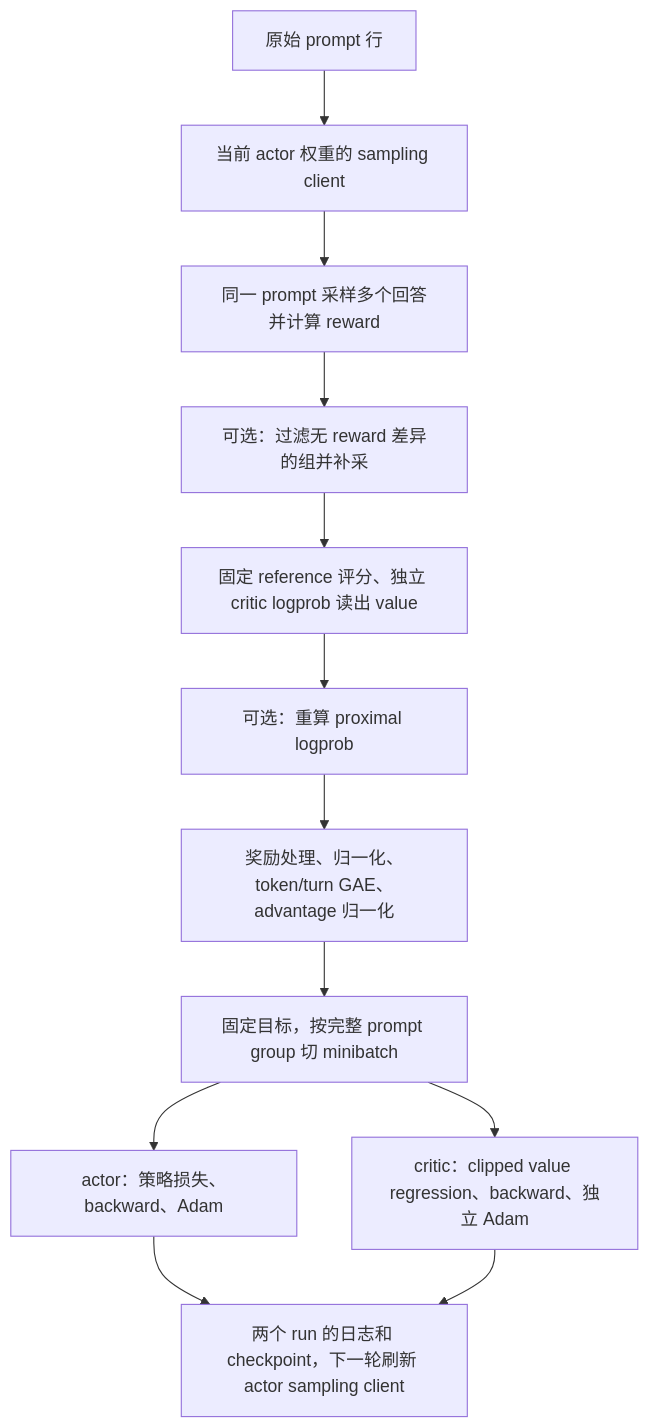
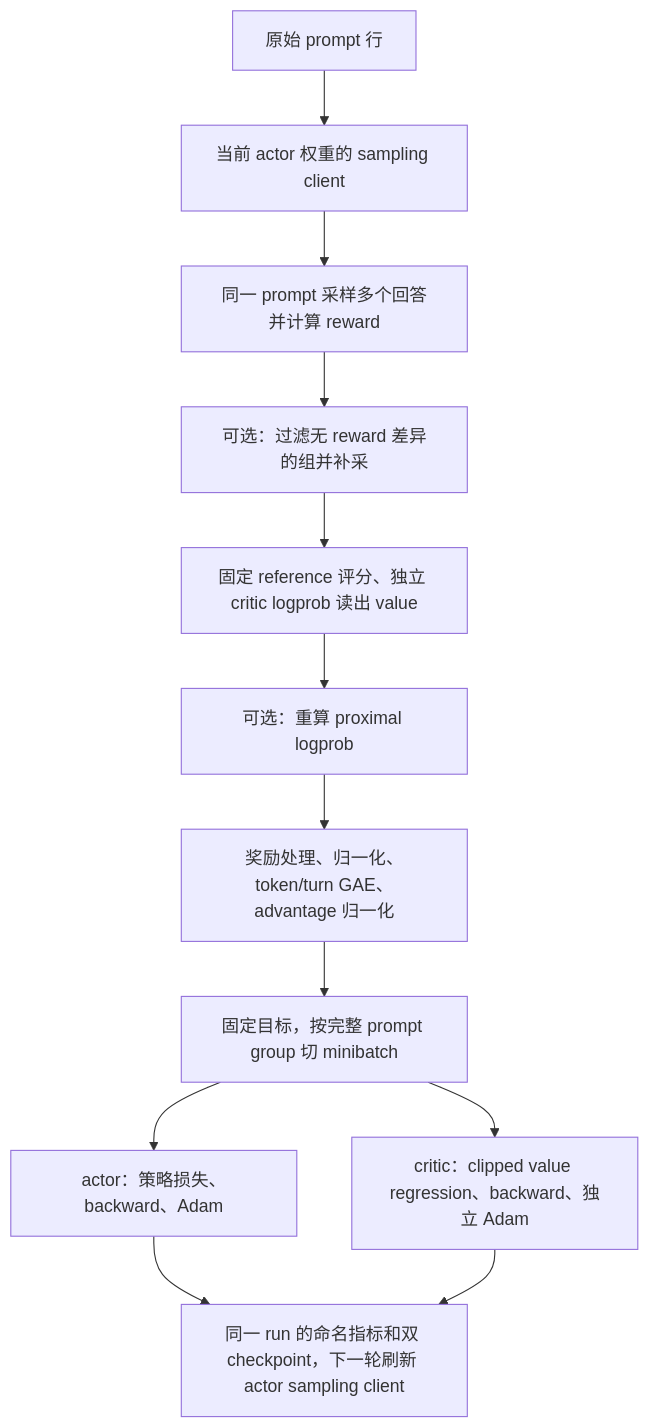
Before and after one commit to SwanHubX/triotune: the diagram in docs/ppo_pytrio-use_eval.md, drawn with Mermaid. The commit also changed other lines of this file and 33 other files, not shown here.

````diff
--- a/docs/ppo_pytrio-use_eval.md
+++ b/docs/ppo_pytrio-use_eval.md
@@ -34,14 +34,14 @@
 ```mermaid
 flowchart TD
     A[原始 prompt 行] --> B[当前 actor 权重的 sampling client]
     B --> C[同一 prompt 采样多个回答并计算 reward]
     C --> D[可选：过滤无 reward 差异的组并补采]
     D --> E[固定 reference 评分、独立 critic logprob 读出 value]
     E --> F[可选：重算 proximal logprob]
     F --> G[奖励处理、归一化、token/turn GAE、advantage 归一化]
     G --> H[固定目标，按完整 prompt group 切 minibatch]
     H --> I[actor：策略损失、backward、Adam]
     H --> J[critic：clipped value regression、backward、独立 Adam]
-    I --> K[两个 run 的日志和 checkpoint，下一轮刷新 actor sampling client]
+    I --> K[同一 run 的命名指标和双 checkpoint，下一轮刷新 actor sampling client]
     J --> K
 ```
````
